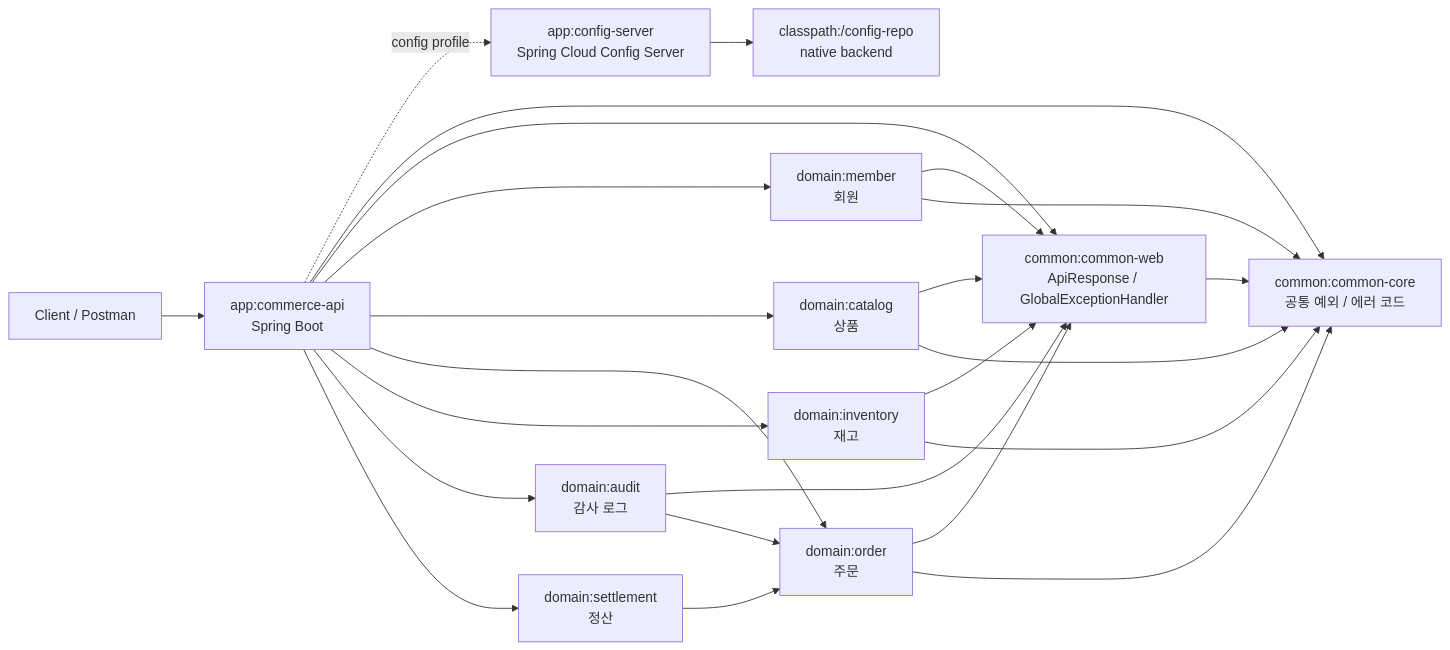
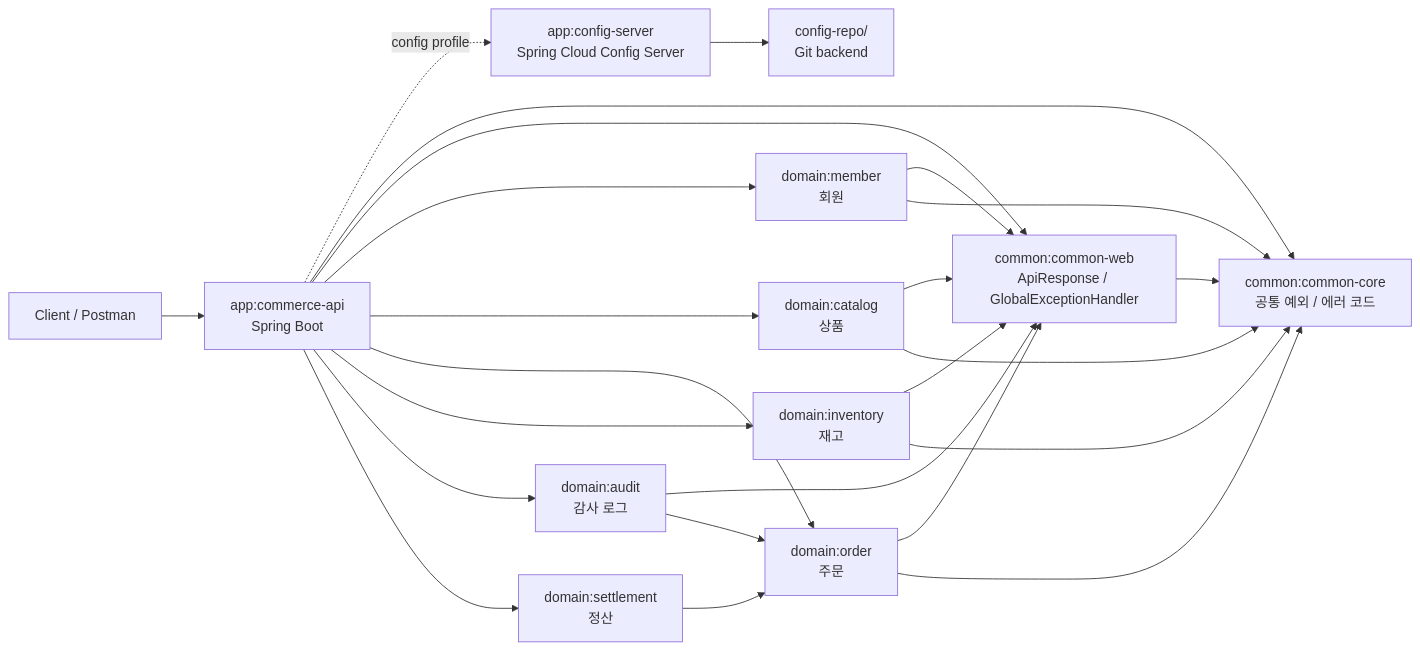
Before and after one commit to dongyongChoi/toy-commerce-platform: the first of 6 diagrams in README.md, drawn with Mermaid. The commit also changed other lines of this file and 10 other files, not shown here.

Commit message:
feat: Config Server Git 백엔드와 수동 refresh 지원

````diff
--- a/README.md
+++ b/README.md
@@ -35,28 +35,28 @@
 ```mermaid
 flowchart LR
     Client["Client / Postman"] --> API["app:commerce-api<br/>Spring Boot"]
     API -. config profile .-> CONFIG["app:config-server<br/>Spring Cloud Config Server"]
 
     API --> CC["common:common-core<br/>공통 예외 / 에러 코드"]
     API --> CW["common:common-web<br/>ApiResponse / GlobalExceptionHandler"]
     API --> MEMBER["domain:member<br/>회원"]
     API --> CATALOG["domain:catalog<br/>상품"]
     API --> ORDER["domain:order<br/>주문"]
     API --> INVENTORY["domain:inventory<br/>재고"]
     API --> AUDIT["domain:audit<br/>감사 로그"]
     API --> SETTLEMENT["domain:settlement<br/>정산"]
 
     CW --> CC
     MEMBER --> CW
     MEMBER --> CC
     CATALOG --> CW
     CATALOG --> CC
     ORDER --> CW
     ORDER --> CC
     INVENTORY --> CW
     INVENTORY --> CC
     AUDIT --> CW
     AUDIT --> ORDER
     SETTLEMENT --> ORDER
-    CONFIG --> CONFIG_REPO["classpath:/config-repo<br/>native backend"]
+    CONFIG --> CONFIG_REPO["config-repo/<br/>Git backend"]
 ```
````
